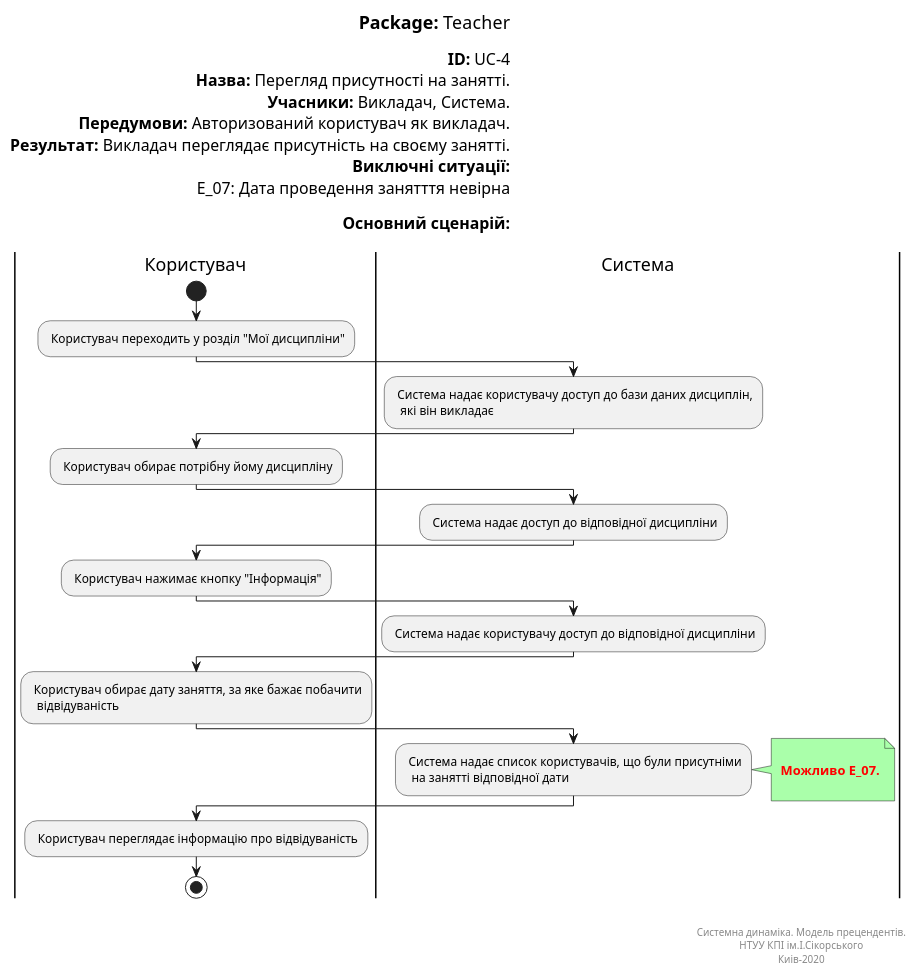
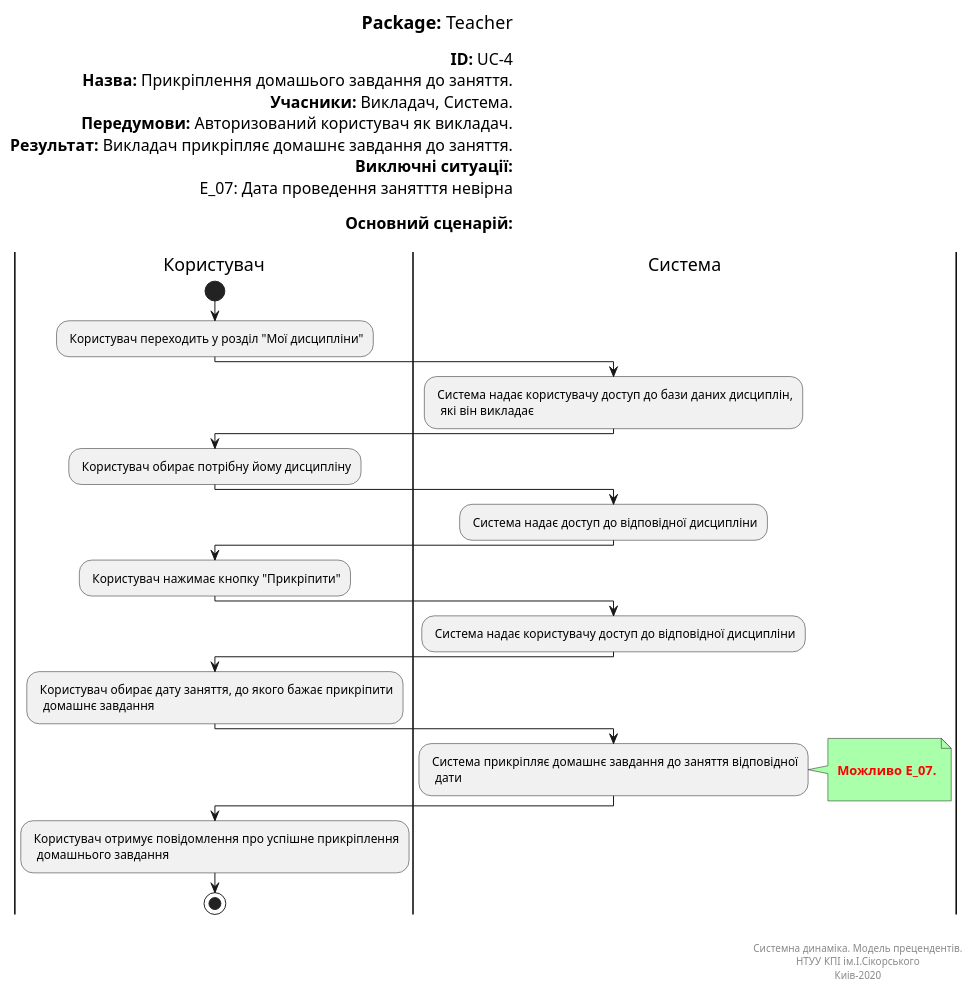
One commit to vladlinu/TeamOne changed the diagram in docs/UML_Diagrams/scenarios/teacher/diagrams/UC_4.pu. Above: the diagram before and after it, drawn with PlantUML.

```diff
--- a/docs/UML_Diagrams/scenarios/teacher/diagrams/UC_4.pu
+++ b/docs/UML_Diagrams/scenarios/teacher/diagrams/UC_4.pu
@@ -1,63 +1,64 @@
 @startuml
 left header
 <font color=000 size=18><b>Package:</b> Teacher
 
 <font color=000 size=16><b>ID:</b> UC-4
-<font color=000 size=16><b>Назва:</b> Перегляд присутності на занятті.
+<font color=000 size=16><b>Назва:</b> Прикріплення домашього завдання до заняття.
 <font color=000 size=16><b>Учасники:</b> Викладач, Система.
 <font color=000 size=16><b>Передумови:</b> Авторизований користувач як викладач.
-<font color=000 size=16><b>Результат:</b> Викладач переглядає присутність на своєму занятті.
+<font color=000 size=16><b>Результат:</b> Викладач прикріпляє домашнє завдання до заняття.
 <font color=000 size=16><b>Виключні ситуації:</b>
 <font color=000 size=16> E_07: Дата проведення занятття невірна
 
 <font color=000 size=16><b>Основний сценарій:</b>
 
 end header
 
 |Користувач|
 start
 : Користувач переходить у розділ "Мої дисципліни";
 
 |Система|
 : Система надає користувачу доступ до бази даних дисциплін, 
   які він викладає;
    
 |Користувач|
 : Користувач обирає потрібну йому дисципліну;   
 
 |Система|
 : Система надає доступ до відповідної дисципліни;
 
 |Користувач|
-: Користувач нажимає кнопку "Інформація";   
+: Користувач нажимає кнопку "Прикріпити";   
 
 |Система|
 : Система надає користувачу доступ до відповідної дисципліни;
 
 
 |Користувач|
-: Користувач обирає дату заняття, за яке бажає побачити
-  відвідуваність;
+: Користувач обирає дату заняття, до якого бажає прикріпити
+  домашнє завдання;
 
 |Система|
-: Система надає список користувачів, що були присутніми
-  на занятті відповідної дати;
+: Система прикріпляє домашнє завдання до заняття відповідної
+  дати;
 note right #aaffaa
 
 <font color=red><b> Можливо E_07.
 
 end note
 
 |Користувач|
-: Користувач переглядає інформацію про відвідуваність;  
+: Користувач отримує повідомлення про успішне прикріплення
+  домашнього завдання;  
   
 stop;
 
 right footer
 
 
 Системна динаміка. Модель прецендентів.
 НТУУ КПІ ім.І.Сікорського
 Киів-2020
 end footer
 @enduml
```
